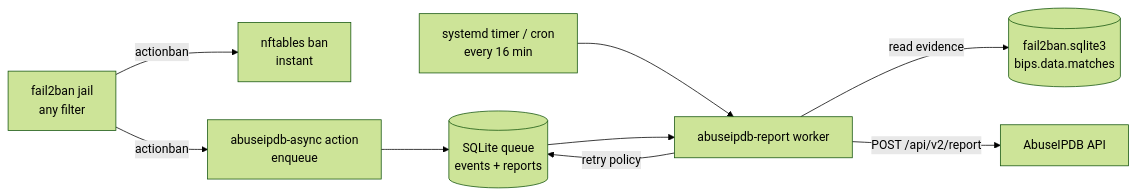
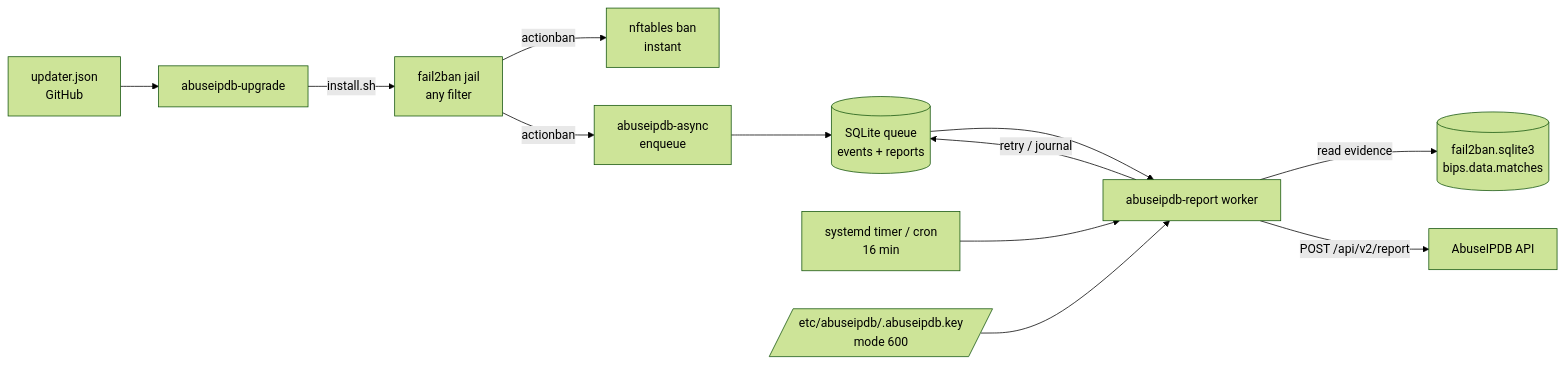
One commit to paulmann/Fail2Ban_AbuseIPDB changed the diagram in README.md. Above: the diagram before and after it, drawn with Mermaid (forest theme). The commit also changed other lines of this file and 1 other file, not shown here.

````diff
--- a/README.md
+++ b/README.md
@@ -59,11 +151,13 @@
 ```mermaid
 flowchart LR
     A[fail2ban jail<br/>any filter] -->|actionban| B[nftables ban<br/>instant]
-    A -->|actionban| C[abuseipdb-async action<br/>enqueue]
+    A -->|actionban| C[abuseipdb-async<br/>enqueue]
     C --> D[(SQLite queue<br/>events + reports)]
-    E[systemd timer / cron<br/>every 16 min] --> F[abuseipdb-report worker]
+    E[systemd timer / cron<br/>16 min] --> F[abuseipdb-report worker]
     D --> F
     F -->|read evidence| G[(fail2ban.sqlite3<br/>bips.data.matches)]
     F -->|POST /api/v2/report| H[AbuseIPDB API]
-    F -->|retry policy| D
+    F -->|retry / journal| D
+    I[/etc/abuseipdb/.abuseipdb.key<br/>mode 600/] --> F
+    J[updater.json<br/>GitHub] --> K[abuseipdb-upgrade] -->|install.sh| A
 ```
````
